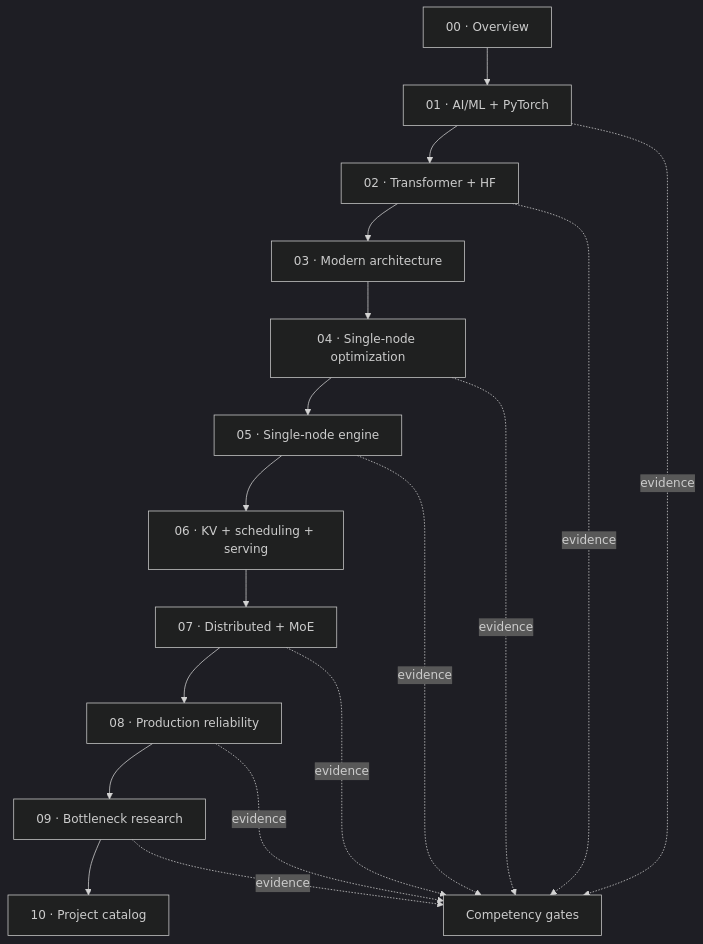
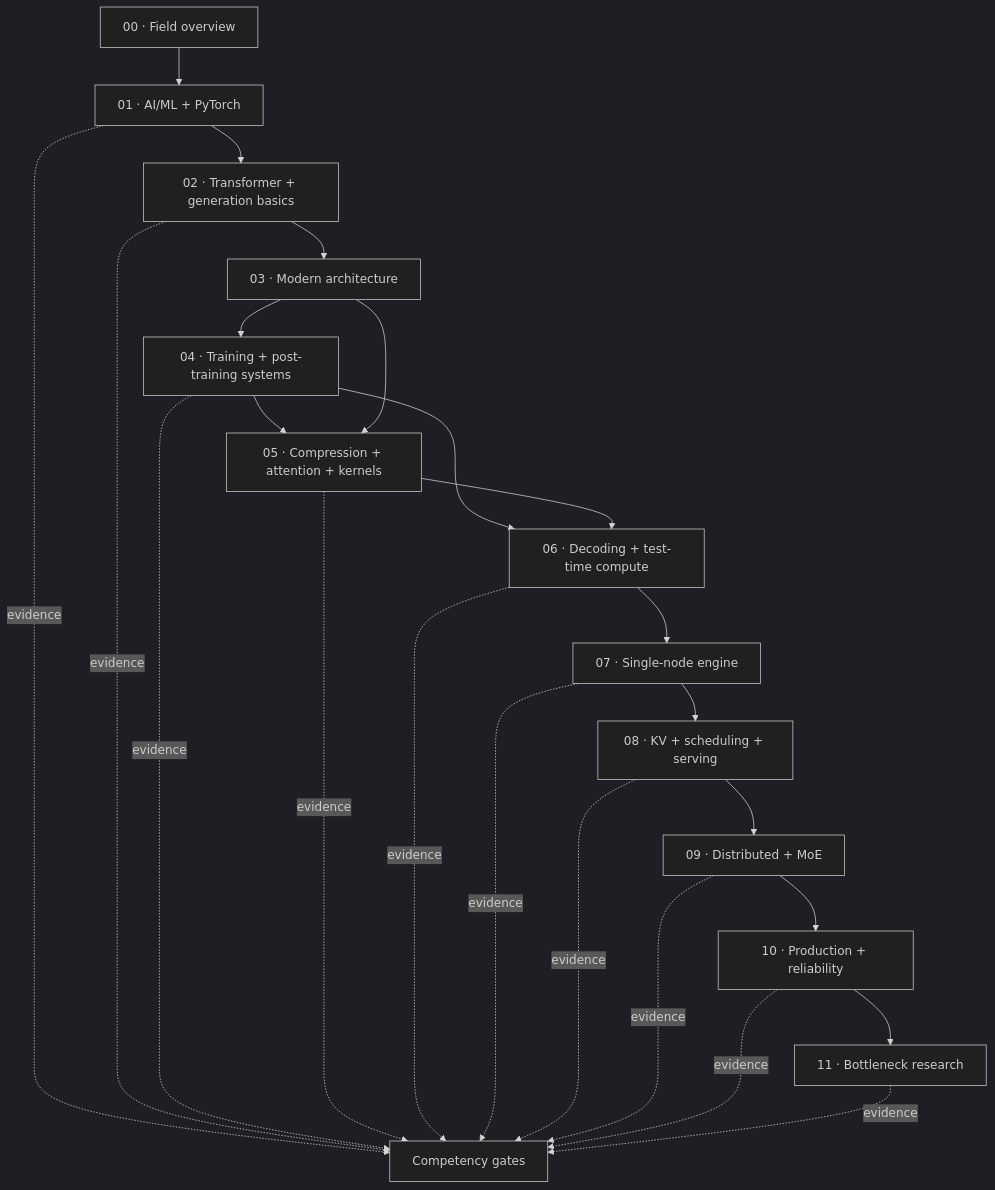
The diagram in LLM/ROADMAP/README.md (Kwan-Yiu/papers), drawn with Mermaid (dark theme) before and after one commit. The commit also changed other lines of this file and 47 other files, not shown here.

Commit message:
Restructure LLM systems research roadmap

````diff
--- a/LLM/ROADMAP/README.md
+++ b/LLM/ROADMAP/README.md
@@ -33,24 +29,32 @@
 ```mermaid
 flowchart TD
-    O["00 · Overview"]
+    O["00 · Field overview"]
     F["01 · AI/ML + PyTorch"]
-    T["02 · Transformer + HF"]
+    T["02 · Transformer + generation basics"]
     A["03 · Modern architecture"]
-    G["04 · Single-node optimization"]
-    E["05 · Single-node engine"]
-    S["06 · KV + scheduling + serving"]
-    D["07 · Distributed + MoE"]
-    P["08 · Production reliability"]
-    R["09 · Bottleneck research"]
-    C["10 · Project catalog"]
+    R["04 · Training + post-training systems"]
+    X["05 · Compression + attention + kernels"]
+    D["06 · Decoding + test-time compute"]
+    E["07 · Single-node engine"]
+    S["08 · KV + scheduling + serving"]
+    M["09 · Distributed + MoE"]
+    P["10 · Production + reliability"]
+    B["11 · Bottleneck research"]
     Q["Competency gates"]
 
-    O --> F --> T --> A --> G --> E --> S --> D --> P --> R --> C
+    O --> F --> T --> A
+    A --> R --> X
+    A --> X
+    R --> D
+    X --> D --> E --> S --> M --> P --> B
     F -. evidence .-> Q
     T -. evidence .-> Q
-    G -. evidence .-> Q
+    R -. evidence .-> Q
+    X -. evidence .-> Q
+    D -. evidence .-> Q
     E -. evidence .-> Q
-    D -. evidence .-> Q
+    S -. evidence .-> Q
+    M -. evidence .-> Q
     P -. evidence .-> Q
-    R -. evidence .-> Q
+    B -. evidence .-> Q
 ```
````
